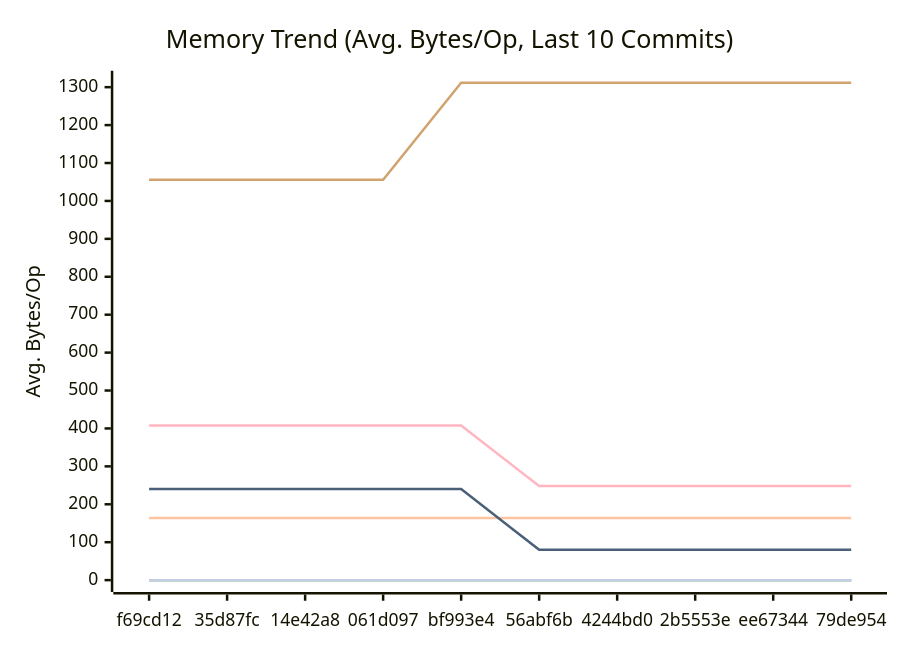
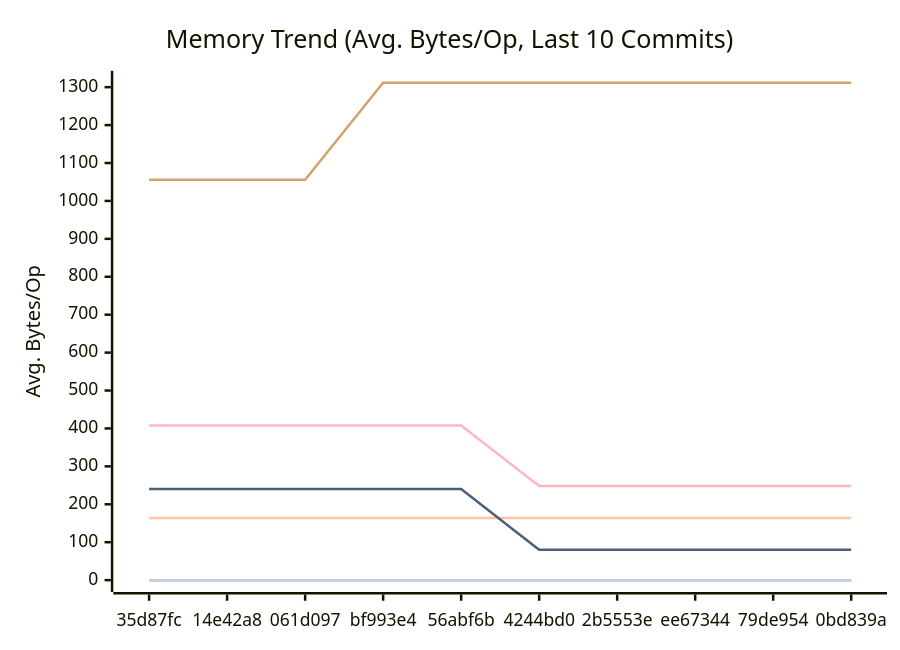
Before and after one commit to alsotoes/momo: the second of 3 diagrams in docs/PERFORMANCE.md, drawn with Mermaid. The commit also changed other lines of this file and 3 other files, not shown here.

````diff
--- a/docs/PERFORMANCE.md
+++ b/docs/PERFORMANCE.md
@@ -97,16 +97,16 @@
 ```mermaid
 xychart-beta
     title "Memory Trend (Avg. Bytes/Op, Last 10 Commits)"
     x-axis "Commit"
     y-axis "Avg. Bytes/Op"
-    x-axis [f69cd12,35d87fc,14e42a8,061d097,bf993e4,56abf6b,4244bd0,2b5553e,ee67344,79de954]
+    x-axis [35d87fc,14e42a8,061d097,bf993e4,56abf6b,4244bd0,2b5553e,ee67344,79de954,0bd839a]
     line "CheckMetricsAndSwap" [0,0,0,0,0,0,0,0,0,0]
     line "CrushOptimized" [0,0,0,0,0,0,0,0,0,0]
     line "CrushOriginal" [164,164,164,164,164,164,164,164,164,164]
     line "IndexDirectTracking" [0,0,0,0,0,0,0,0,0,0]
     line "IndexSearch" [0,0,0,0,0,0,0,0,0,0]
-    line "LoadGlobalConfig" [1056,1056,1056,1056,1312,1312,1312,1312,1312,1312]
+    line "LoadGlobalConfig" [1056,1056,1056,1312,1312,1312,1312,1312,1312,1312]
     line "PadString" [0,0,0,0,0,0,0,0,0,0]
     line "ParseReplicationOrder_NoPrealloc" [408,408,408,408,408,248,248,248,248,248]
     line "ParseReplicationOrder_Prealloc" [240,240,240,240,240,80,80,80,80,80]
 ```
````
